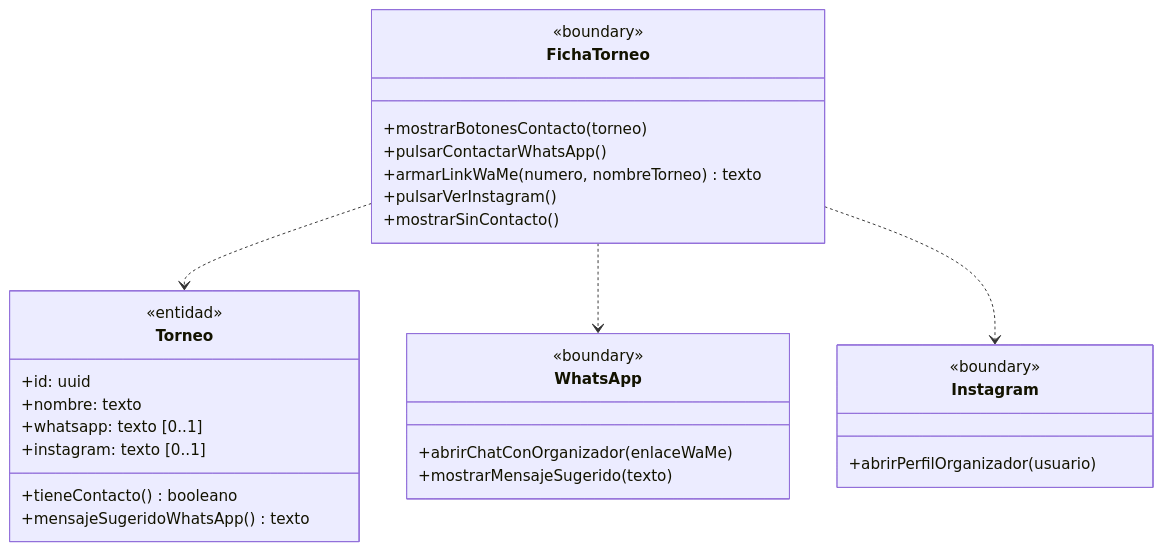
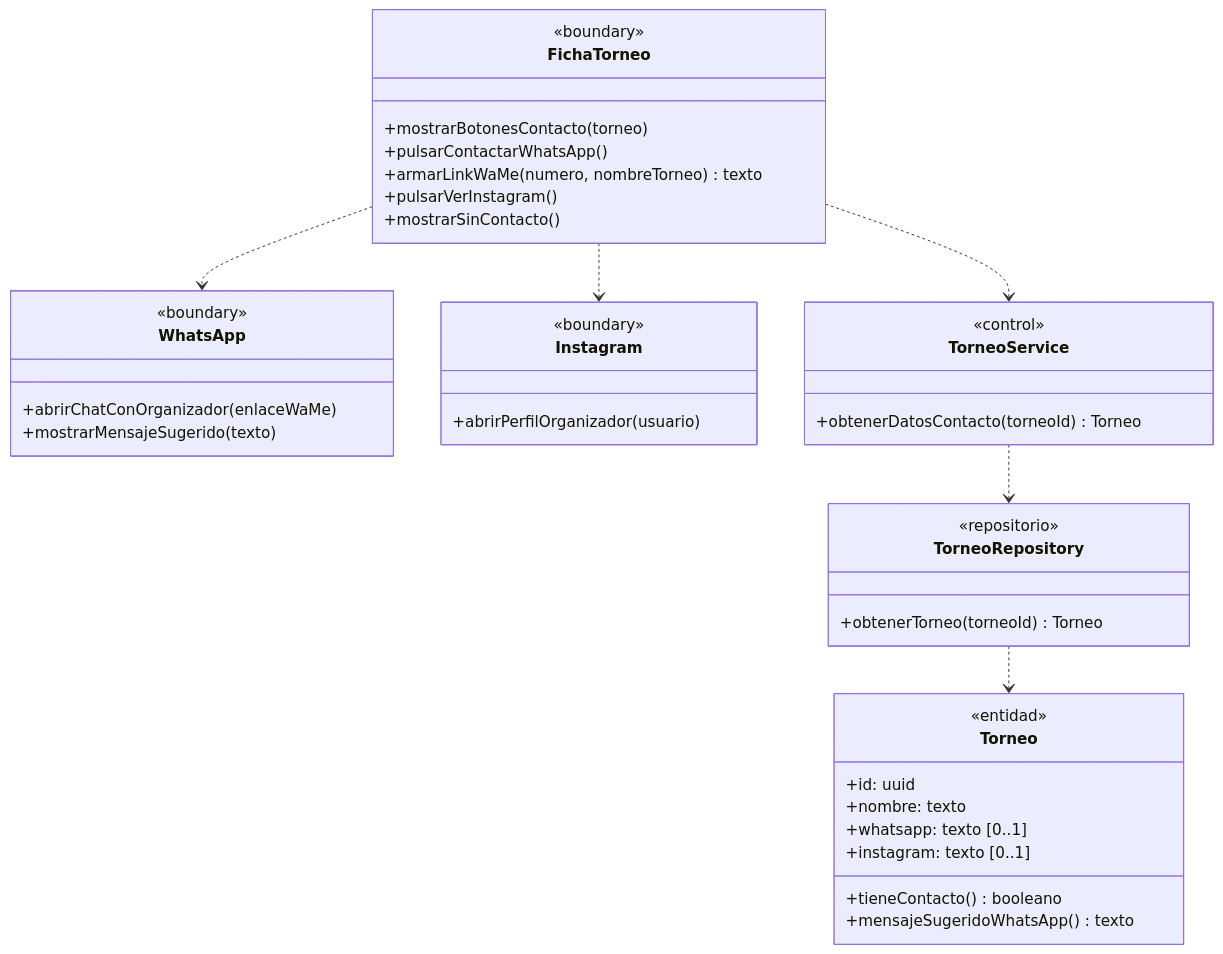
The fifth of 7 diagrams in docs/diagramas-de-clase/catalogo-de-torneos.md (nicqletal/torneos-scraper), drawn with Mermaid before and after one commit. The commit also changed other lines of this file and 12 other files, not shown here.

First line of the commit message:
docs(diagramas-de-clase): alinear métodos con secuencias, unificar capas y limpiar etiquetas en flechas

````diff
--- a/docs/diagramas-de-clase/catalogo-de-torneos.md
+++ b/docs/diagramas-de-clase/catalogo-de-torneos.md
@@ -382,32 +382,42 @@
 ```mermaid
 classDiagram
 class FichaTorneo {
   <<boundary>>
   +mostrarBotonesContacto(torneo)
   +pulsarContactarWhatsApp()
   +armarLinkWaMe(numero, nombreTorneo) texto
   +pulsarVerInstagram()
   +mostrarSinContacto()
 }
 class WhatsApp {
   <<boundary>>
   +abrirChatConOrganizador(enlaceWaMe)
   +mostrarMensajeSugerido(texto)
 }
 class Instagram {
   <<boundary>>
   +abrirPerfilOrganizador(usuario)
 }
+class TorneoService {
+  <<control>>
+  +obtenerDatosContacto(torneoId) Torneo
+}
+class TorneoRepository {
+  <<repositorio>>
+  +obtenerTorneo(torneoId) Torneo
+}
 class Torneo {
   <<entidad>>
   +id: uuid
   +nombre: texto
   +whatsapp: texto [0..1]
   +instagram: texto [0..1]
   +tieneContacto() booleano
   +mensajeSugeridoWhatsApp() texto
 }
-FichaTorneo ..> Torneo
+FichaTorneo ..> TorneoService
 FichaTorneo ..> WhatsApp
 FichaTorneo ..> Instagram
+TorneoService ..> TorneoRepository
+TorneoRepository ..> Torneo
 ```
````
